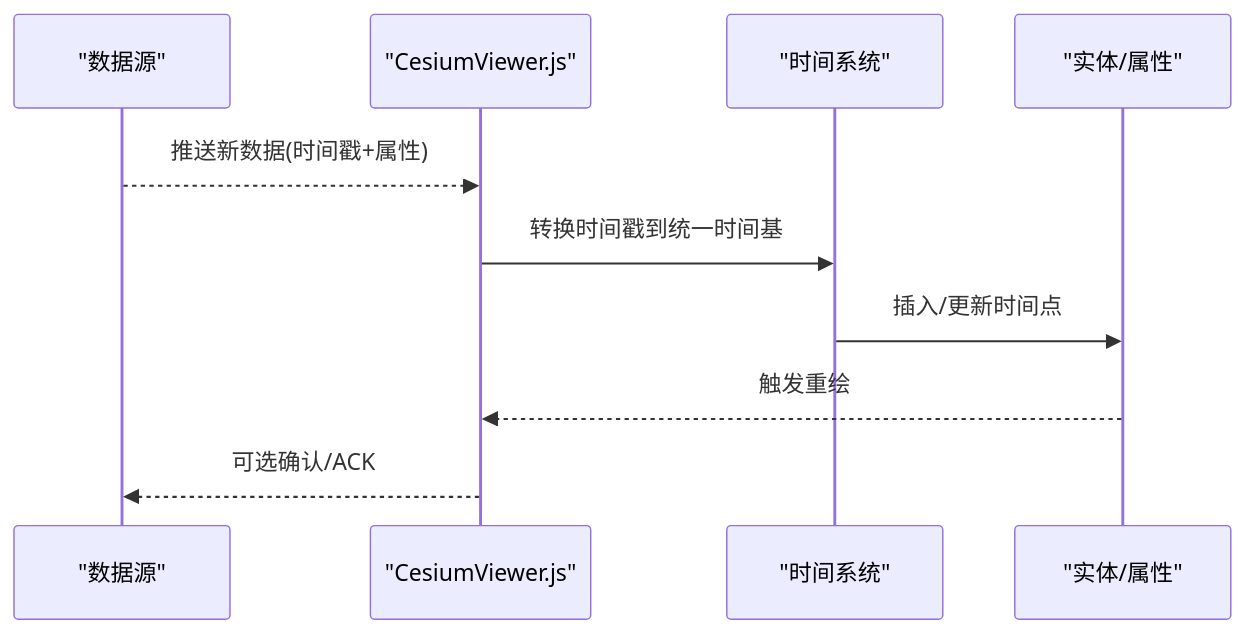
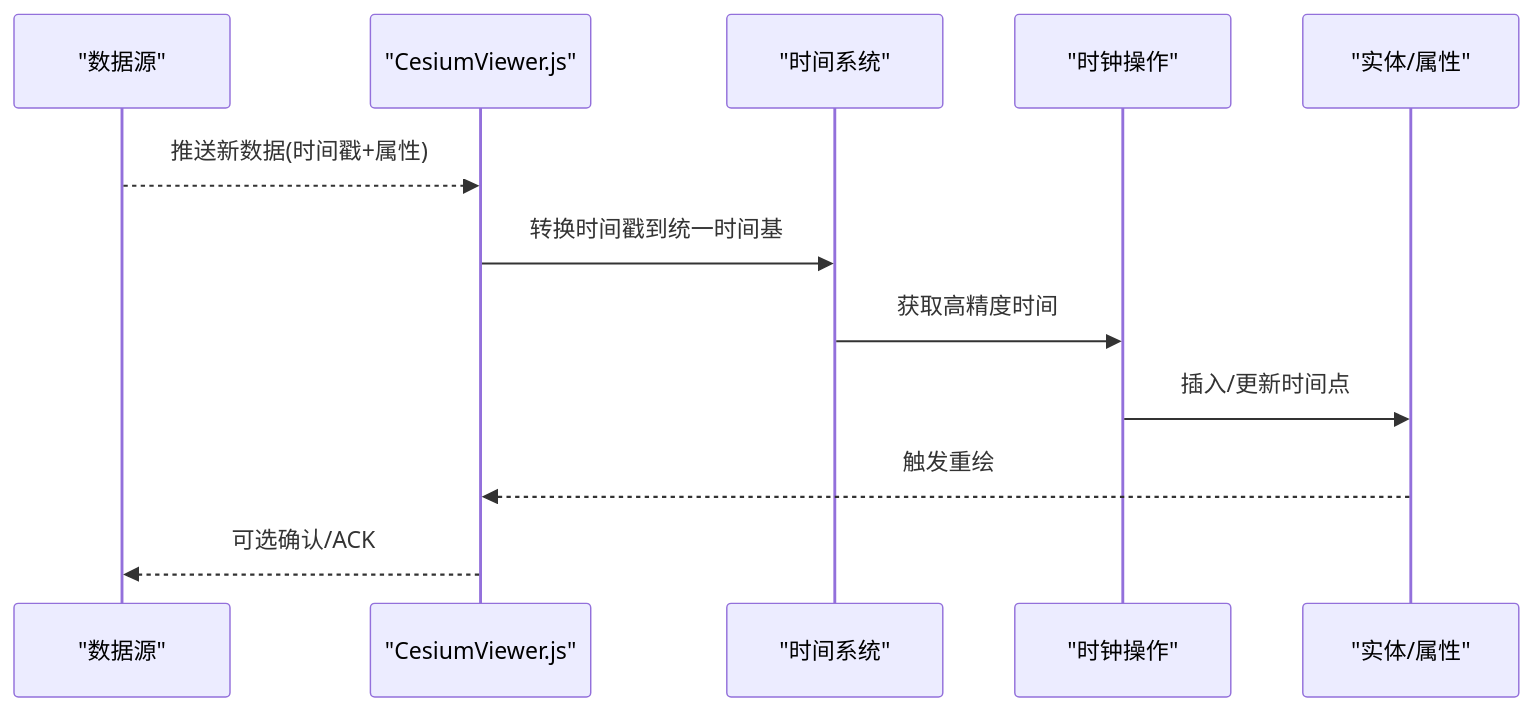
Before and after one commit to rzhangjing/cesium: the fifth of 6 diagrams in .qoder/repowiki/zh/content/核心概念/时间管理系统.md, drawn with Mermaid. The commit also changed other lines of this file and 92 other files, not shown here.

````diff
--- a/.qoder/repowiki/zh/content/核心概念/时间管理系统.md
+++ b/.qoder/repowiki/zh/content/核心概念/时间管理系统.md
@@ -266,12 +359,14 @@
 ```mermaid
 sequenceDiagram
 participant S as "数据源"
 participant V as "CesiumViewer.js"
 participant T as "时间系统"
+participant C as "时钟操作"
 participant E as "实体/属性"
 S-->>V : 推送新数据(时间戳+属性)
 V->>T : 转换时间戳到统一时间基
-T->>E : 插入/更新时间点
+T->>C : 获取高精度时间
+C->>E : 插入/更新时间点
 E-->>V : 触发重绘
 V-->>S : 可选确认/ACK
 ```
````
